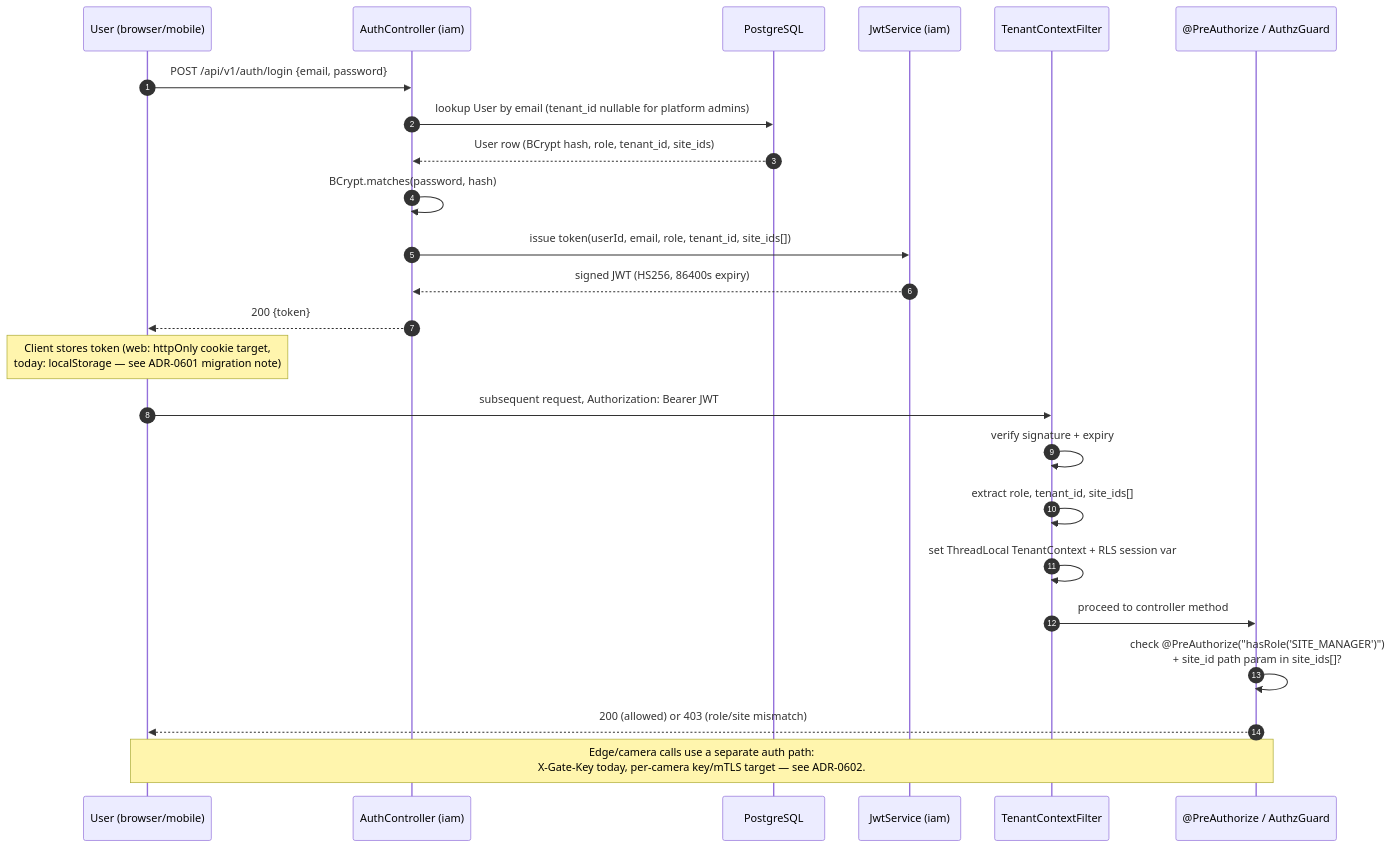
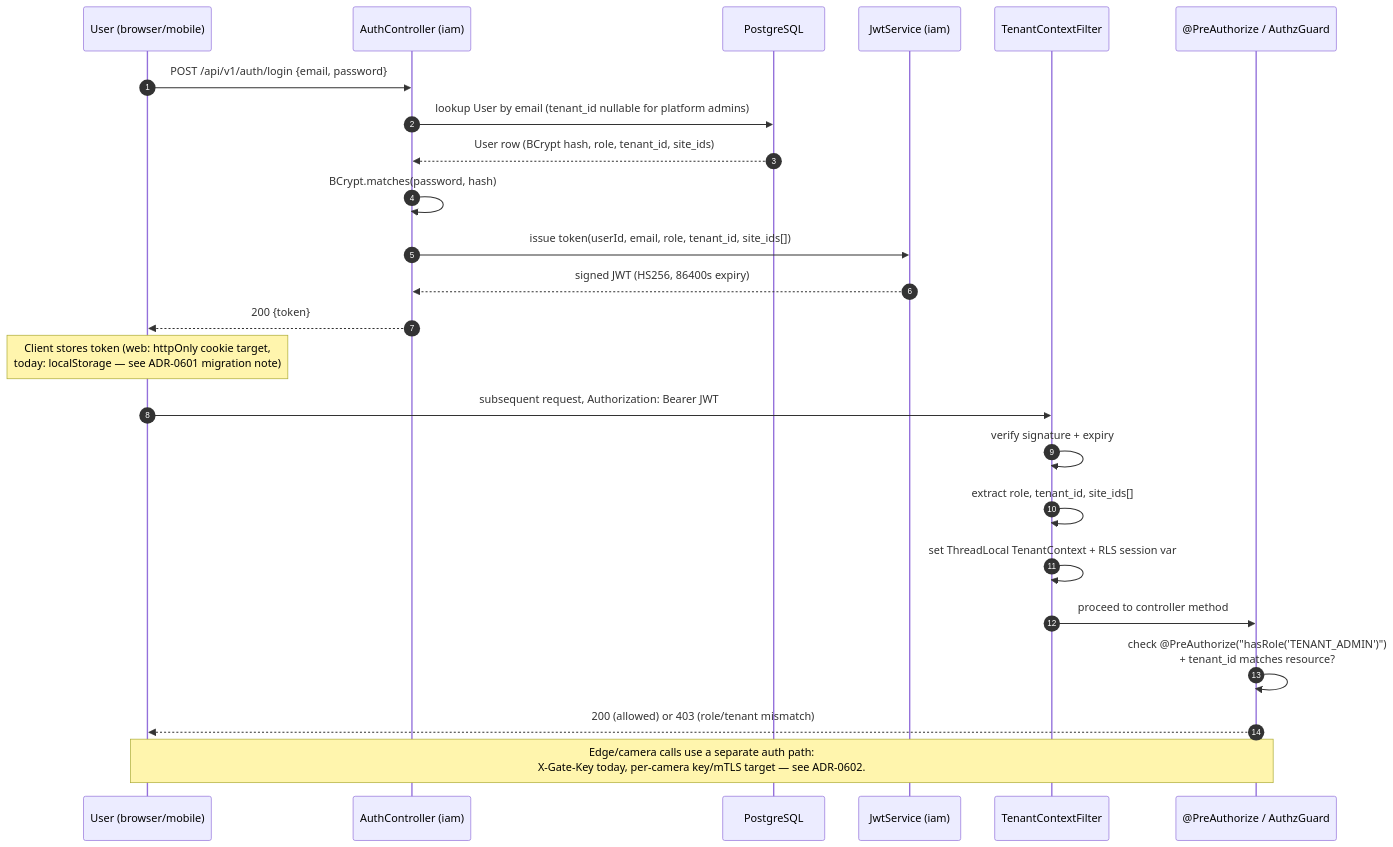
One commit to dainn-dev/next-manage-user changed the diagram in docs/06_User_RBAC/diagrams/auth-sequence.mmd. Above: the diagram before and after it, drawn with Mermaid. The commit also changed 151 other files, not shown here.

First line of the commit message:
feat: add end-to-end testing scripts and images for user and site management

```diff
--- a/docs/06_User_RBAC/diagrams/auth-sequence.mmd
+++ b/docs/06_User_RBAC/diagrams/auth-sequence.mmd
@@ -1,28 +1,28 @@
 sequenceDiagram
     autonumber
     participant User as User (browser/mobile)
     participant Auth as AuthController (iam)
     participant PG as PostgreSQL
     participant JWT as JwtService (iam)
     participant Filter as TenantContextFilter
     participant AuthZ as @PreAuthorize / AuthzGuard
 
     User->>Auth: POST /api/v1/auth/login {email, password}
     Auth->>PG: lookup User by email (tenant_id nullable for platform admins)
     PG-->>Auth: User row (BCrypt hash, role, tenant_id, site_ids)
     Auth->>Auth: BCrypt.matches(password, hash)
     Auth->>JWT: issue token(userId, email, role, tenant_id, site_ids[])
     JWT-->>Auth: signed JWT (HS256, 86400s expiry)
     Auth-->>User: 200 {token}
 
     Note over User: Client stores token (web: httpOnly cookie target,<br/>today: localStorage — see ADR-0601 migration note)
 
     User->>Filter: subsequent request, Authorization: Bearer JWT
     Filter->>Filter: verify signature + expiry
     Filter->>Filter: extract role, tenant_id, site_ids[]
     Filter->>Filter: set ThreadLocal TenantContext + RLS session var
     Filter->>AuthZ: proceed to controller method
-    AuthZ->>AuthZ: check @PreAuthorize("hasRole('SITE_MANAGER')")<br/>+ site_id path param in site_ids[]?
-    AuthZ-->>User: 200 (allowed) or 403 (role/site mismatch)
+    AuthZ->>AuthZ: check @PreAuthorize("hasRole('TENANT_ADMIN')")<br/>+ tenant_id matches resource?
+    AuthZ-->>User: 200 (allowed) or 403 (role/tenant mismatch)
 
     Note over User,AuthZ: Edge/camera calls use a separate auth path:<br/>X-Gate-Key today, per-camera key/mTLS target — see ADR-0602.
```
